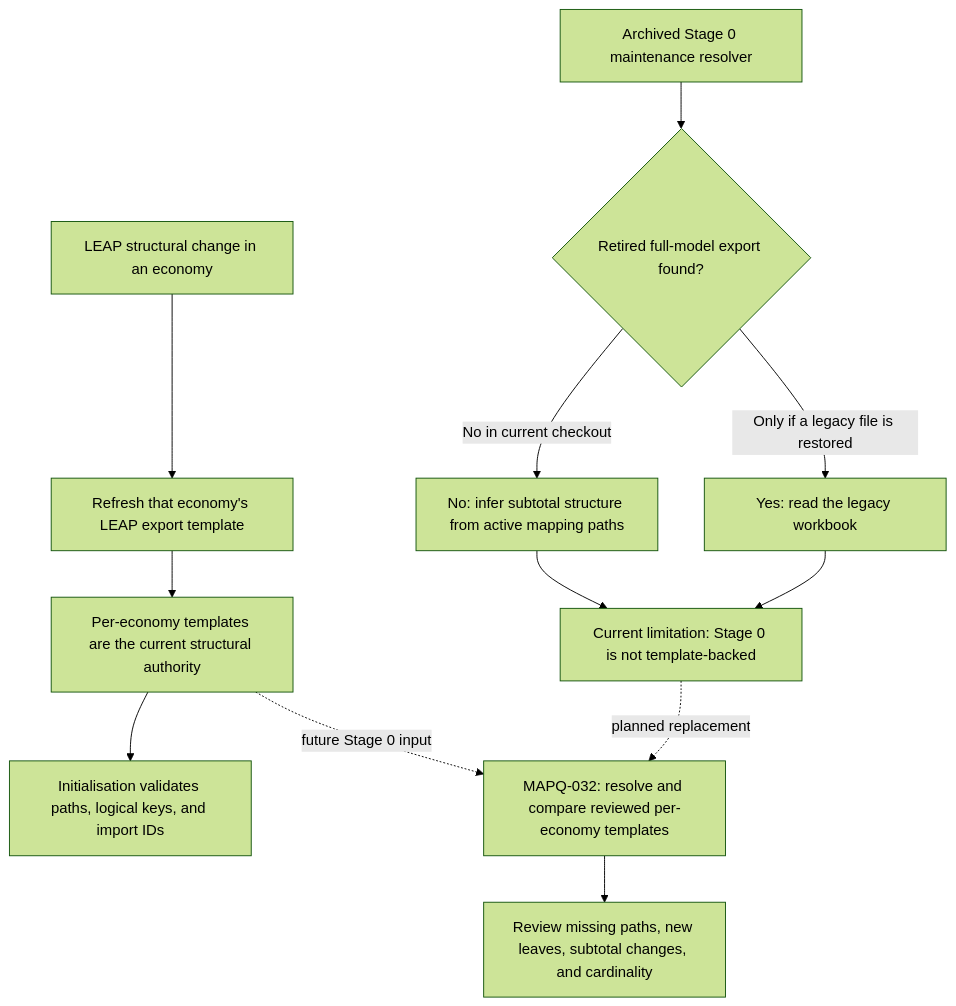
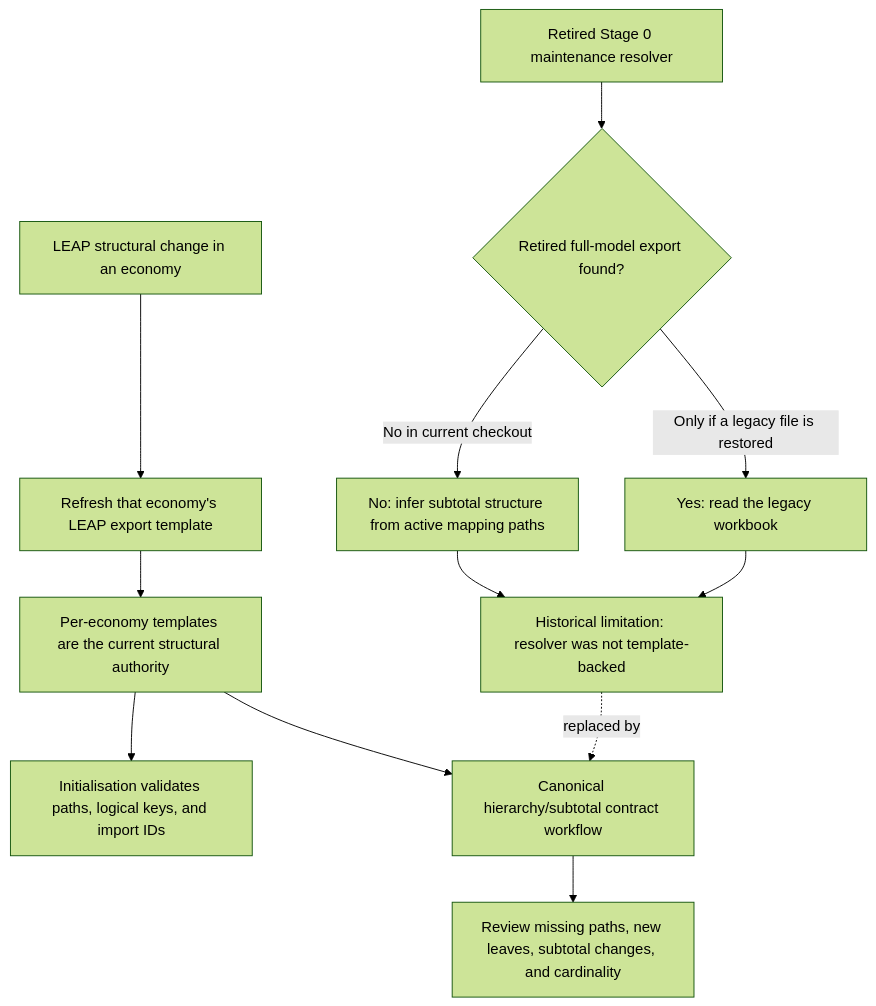
One commit to asia-pacific-energy-research-centre/leap_mappings changed the diagram in docs/mappings_system.md. Above: the diagram before and after it, drawn with Mermaid (forest theme). The commit also changed other lines of this file and 30 other files, not shown here.

````diff
--- a/docs/mappings_system.md
+++ b/docs/mappings_system.md
@@ -177,21 +176,21 @@
 ```mermaid
 flowchart TD
     CHANGE["LEAP structural change in an economy"]
     EXPORT["Refresh that economy's LEAP export template"]
     AUTHORITY["Per-economy templates are the current structural authority"]
     INITCHECK["Initialisation validates paths, logical keys, and import IDs"]
-    STAGE0["Archived Stage 0 maintenance resolver"]
+    STAGE0["Retired Stage 0 maintenance resolver"]
     RETIRED{"Retired full-model export found?"}
     PATHS["No: infer subtotal structure from active mapping paths"]
     LEGACY["Yes: read the legacy workbook"]
-    LIMIT["Current limitation: Stage 0 is not template-backed"]
-    FUTURE["MAPQ-032: resolve and compare reviewed per-economy templates"]
+    LIMIT["Historical limitation: resolver was not template-backed"]
+    FUTURE["Canonical hierarchy/subtotal contract workflow"]
     REVIEW["Review missing paths, new leaves, subtotal changes, and cardinality"]
 
     CHANGE --> EXPORT --> AUTHORITY --> INITCHECK
     STAGE0 --> RETIRED
     RETIRED -- "No in current checkout" --> PATHS --> LIMIT
     RETIRED -- "Only if a legacy file is restored" --> LEGACY --> LIMIT
-    LIMIT -. "planned replacement" .-> FUTURE
-    AUTHORITY -. "future Stage 0 input" .-> FUTURE --> REVIEW
+    LIMIT -. "replaced by" .-> FUTURE
+    AUTHORITY --> FUTURE --> REVIEW
 ```
````
